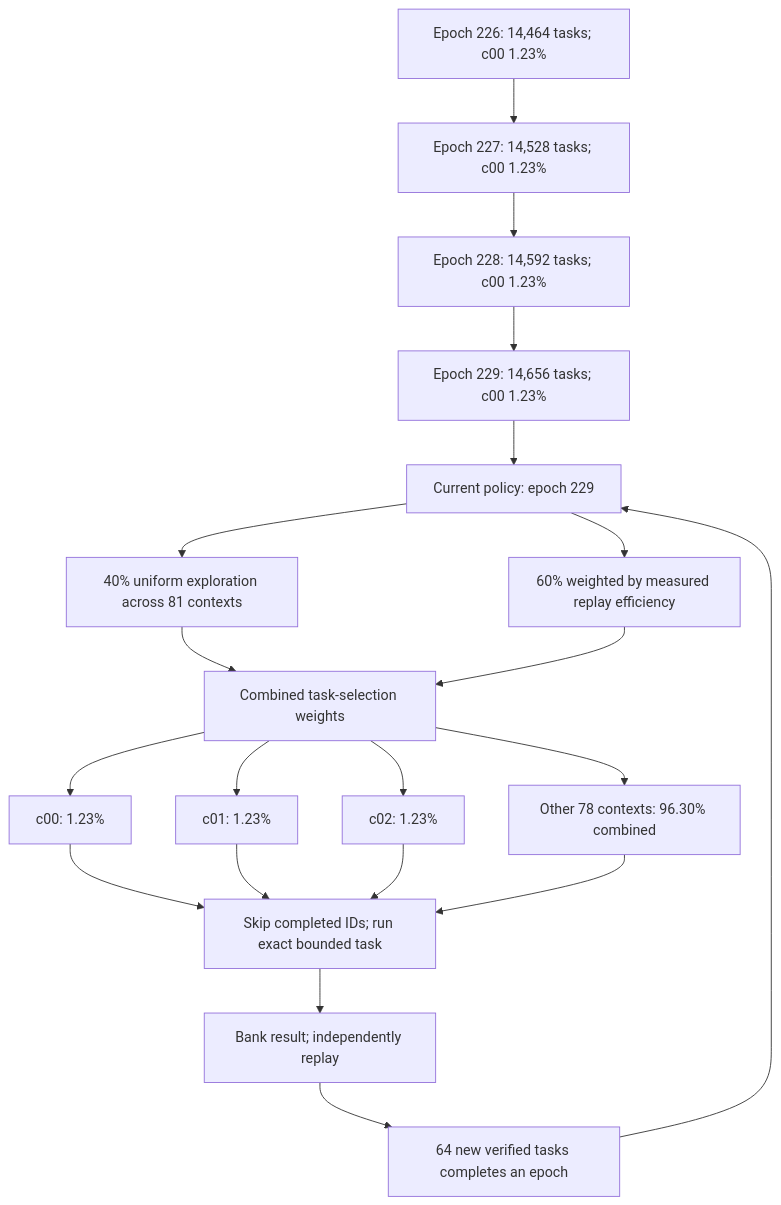
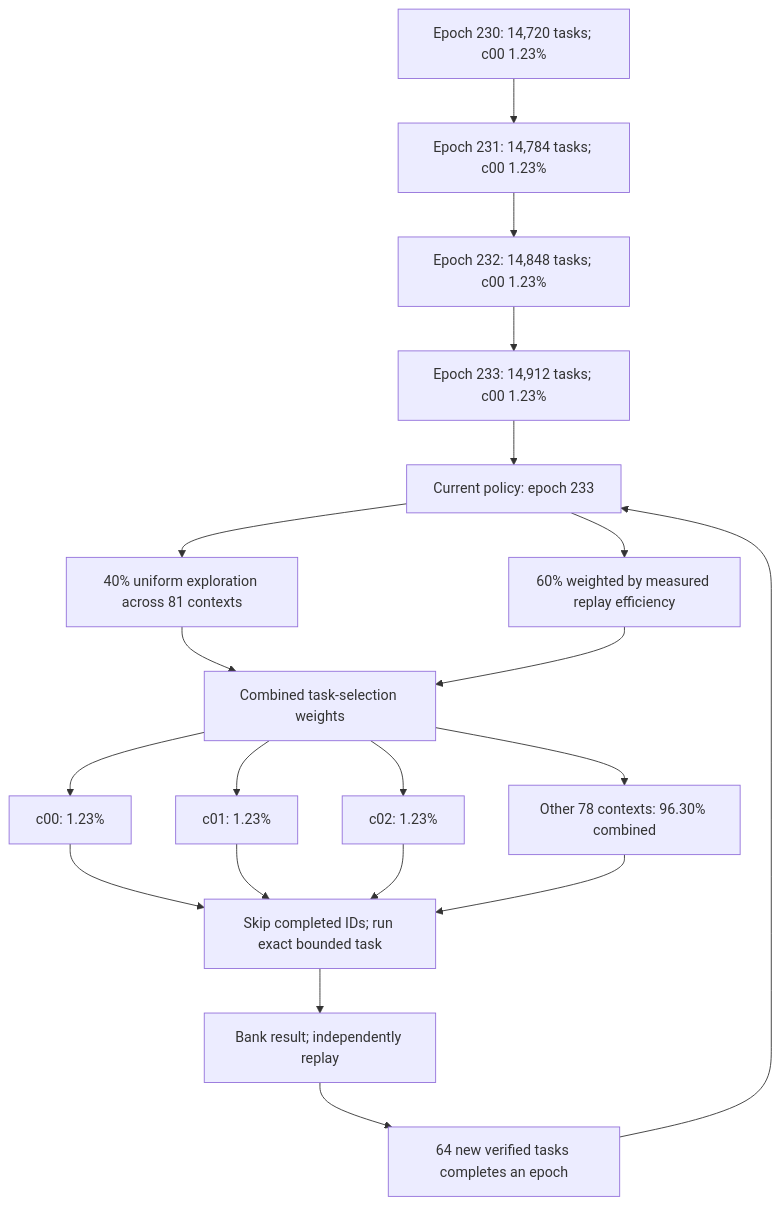
One commit to Kuberwastaken/math-gambling changed the diagram in README.md. Above: the diagram before and after it, drawn with Mermaid. The commit also changed other lines of this file and 597 other files, not shown here.

````diff
--- a/README.md
+++ b/README.md
@@ -49,27 +49,27 @@
 ```mermaid
 flowchart TD
-    H0["Epoch 226: 14,464 tasks; c00 1.23%"]
-    H1["Epoch 227: 14,528 tasks; c00 1.23%"]
+    H0["Epoch 230: 14,720 tasks; c00 1.23%"]
+    H1["Epoch 231: 14,784 tasks; c00 1.23%"]
     H0 --> H1
-    H2["Epoch 228: 14,592 tasks; c00 1.23%"]
+    H2["Epoch 232: 14,848 tasks; c00 1.23%"]
     H1 --> H2
-    H3["Epoch 229: 14,656 tasks; c00 1.23%"]
+    H3["Epoch 233: 14,912 tasks; c00 1.23%"]
     H2 --> H3
-    Policy["Current policy: epoch 229"]
+    Policy["Current policy: epoch 233"]
     H3 --> Policy
     Policy --> Explore["40% uniform exploration across 81 contexts"]
     Policy --> Cost["60% weighted by measured replay efficiency"]
     Explore --> Mix["Combined task-selection weights"]
     Cost --> Mix
     Mix --> C0["c00: 1.23%"]
     Mix --> C1["c01: 1.23%"]
     Mix --> C2["c02: 1.23%"]
     Mix --> Rest["Other 78 contexts: 96.30% combined"]
     C0 --> Check["Skip completed IDs; run exact bounded task"]
     C1 --> Check
     C2 --> Check
     Rest --> Check
     Check --> Replay["Bank result; independently replay"]
     Replay --> Gate["64 new verified tasks completes an epoch"]
     Gate --> Policy
 ```
````
